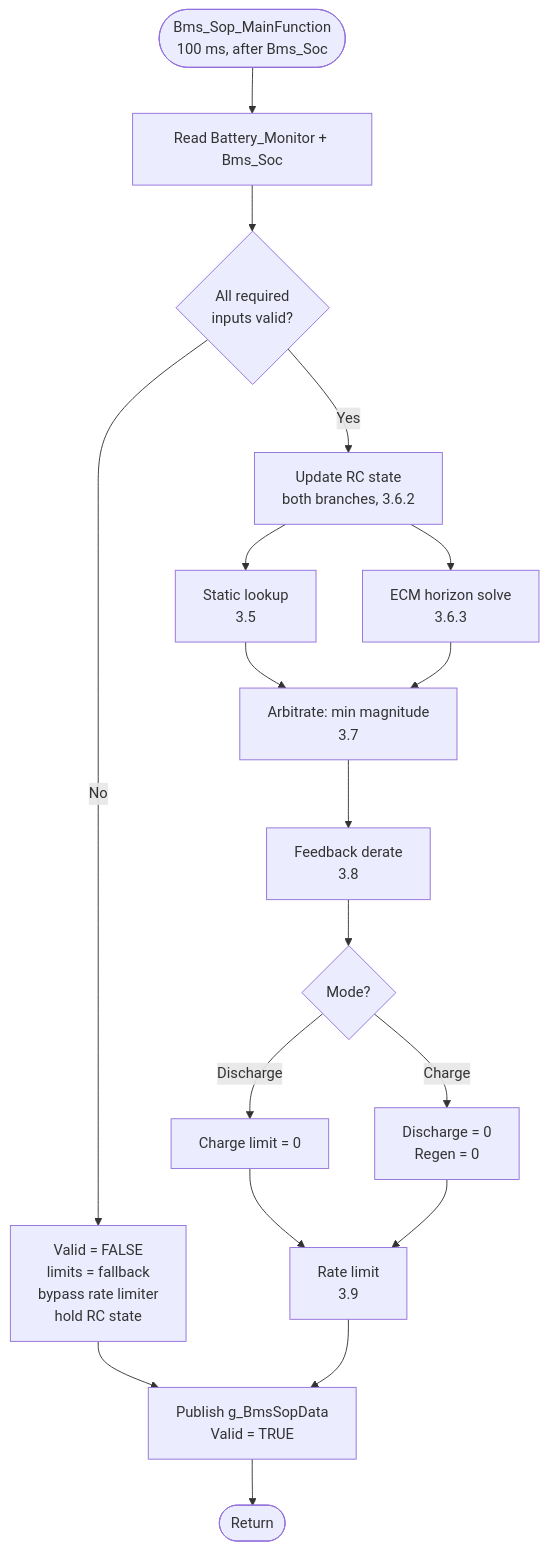
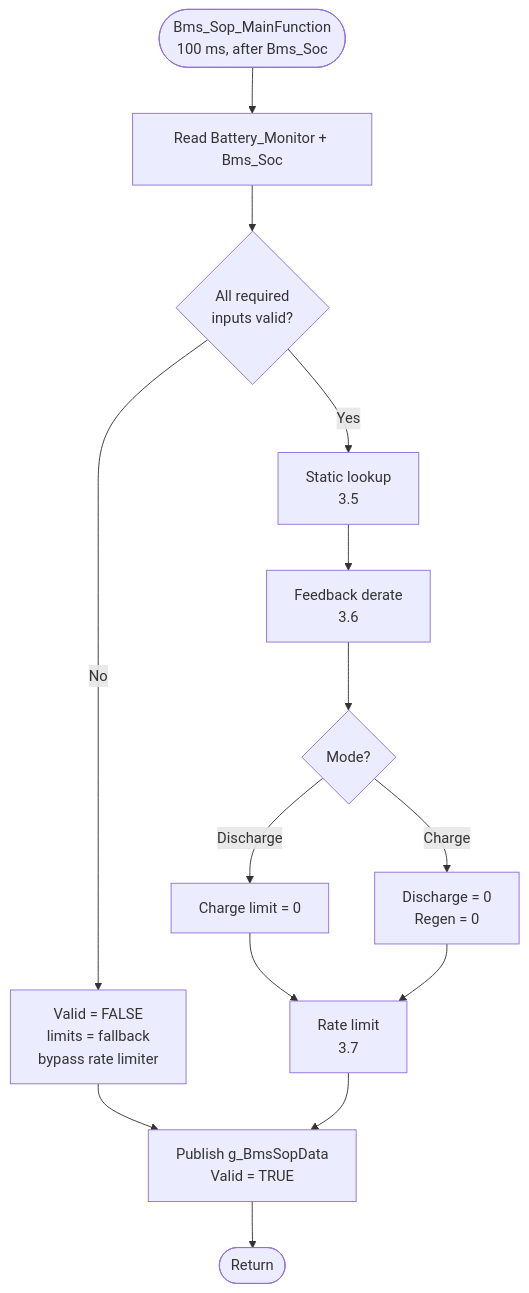
One commit to jsivolt/BMS_demo changed the fifth of 6 diagrams in src/battery/SOP_DESIGN.md. Above: the diagram before and after it, drawn with Mermaid. The commit also changed other lines of this file, not shown here.

````diff
--- a/src/battery/SOP_DESIGN.md
+++ b/src/battery/SOP_DESIGN.md
@@ -601,22 +453,18 @@
 ```mermaid
 flowchart TD
     START(["Bms_Sop_MainFunction<br/>100 ms, after Bms_Soc"]) --> INPUTS["Read Battery_Monitor + Bms_Soc"]
     INPUTS --> VALID{"All required<br/>inputs valid?"}
 
-    VALID -->|"No"| FALLBACK["Valid = FALSE<br/>limits = fallback<br/>bypass rate limiter<br/>hold RC state"]
+    VALID -->|"No"| FALLBACK["Valid = FALSE<br/>limits = fallback<br/>bypass rate limiter"]
     FALLBACK --> PUB
 
-    VALID -->|"Yes"| RC["Update RC state<br/>both branches, 3.6.2"]
-    RC --> STATIC["Static lookup<br/>3.5"]
-    RC --> DYN["ECM horizon solve<br/>3.6.3"]
-    STATIC --> ARB["Arbitrate: min magnitude<br/>3.7"]
-    DYN --> ARB
-    ARB --> DER["Feedback derate<br/>3.8"]
+    VALID -->|"Yes"| STATIC["Static lookup<br/>3.5"]
+    STATIC --> DER["Feedback derate<br/>3.6"]
     DER --> MODE{"Mode?"}
     MODE -->|"Discharge"| DISCH["Charge limit = 0"]
     MODE -->|"Charge"| CHG["Discharge = 0<br/>Regen = 0"]
-    DISCH --> SLEW["Rate limit<br/>3.9"]
+    DISCH --> SLEW["Rate limit<br/>3.7"]
     CHG --> SLEW
     SLEW --> PUB["Publish g_BmsSopData<br/>Valid = TRUE"]
     PUB --> DONE(["Return"])
 ```
````
